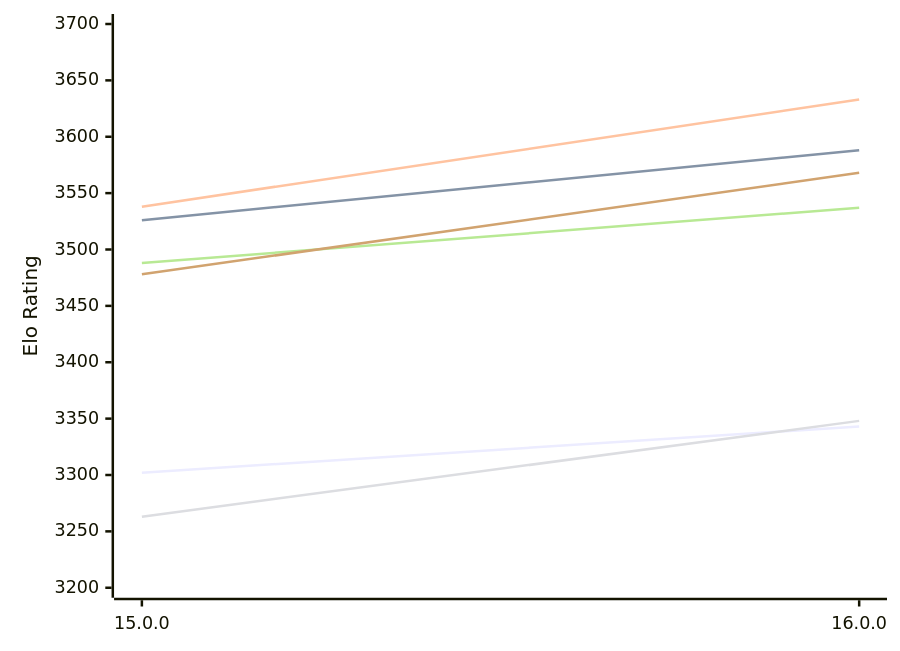
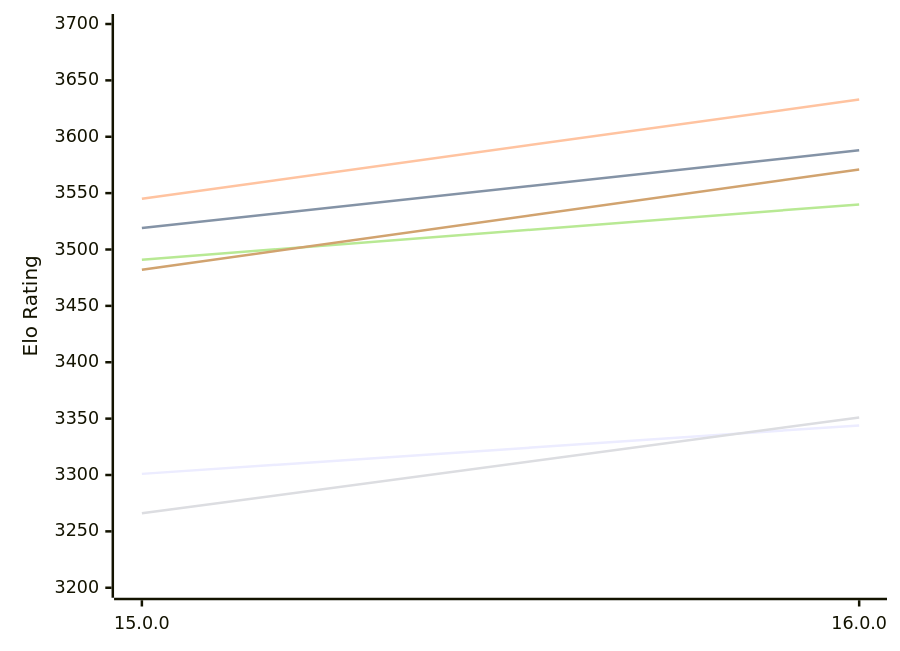
The first of 2 diagrams in engines/Halogen.md (computer-chess-index/cci), drawn with Mermaid before and after one commit. The commit also changed other lines of this file, not shown here.

Commit message:
Update CCI Ratings (ELO VLTC) - 2026-11-24

````diff
--- a/engines/Halogen.md
+++ b/engines/Halogen.md
@@ -50,12 +50,12 @@
 ```mermaid
 %%{init: {"theme":"base","themeVariables":{"seriesColors:['#a3a3a3','#222221','#faa371']}}}%%
 xychart-beta
   x-axis ["15.0.0", "16.0.0"]
   y-axis "Elo Rating" 3200 --> 3700
-  line "E1: STC (8.0+0.08s)" [3302, 3343]
-  line "E1: LTC (60.0+0.60s)" [3526, 3588]
-  line "E1: VLTC (2m24s+1.12s)" [3538, 3633]
-  line "P1: STC (8.0+0.08s)" [3263, 3348]
-  line "P1: LTC (60.0+0.60s)" [3488, 3537]
-  line "P1: VLTC (2m24s+1.12s)" [3478, 3568]
+  line "E1: STC (8.0+0.08s)" [3301, 3344]
+  line "E1: LTC (60.0+0.60s)" [3519, 3588]
+  line "E1: VLTC (2m24s+1.12s)" [3545, 3633]
+  line "P1: STC (8.0+0.08s)" [3266, 3351]
+  line "P1: LTC (60.0+0.60s)" [3491, 3540]
+  line "P1: VLTC (2m24s+1.12s)" [3482, 3571]
 ```
````
